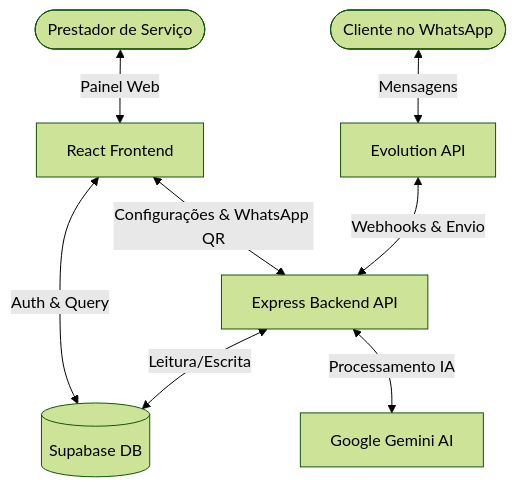
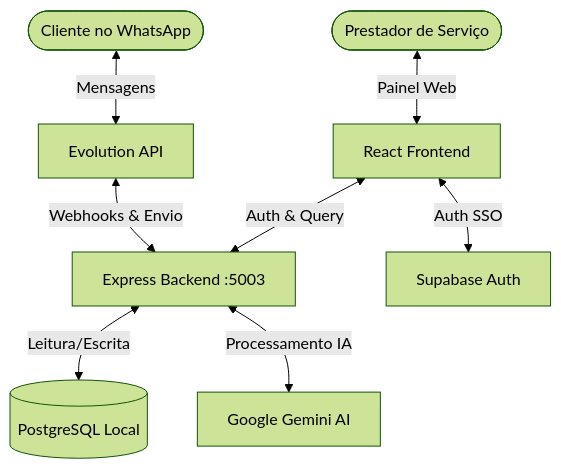
Before and after one commit to iamjfx/atendente: the diagram in docs/documentacao-tecnica.md, drawn with Mermaid (forest theme). The commit also changed other lines of this file and 13 other files, not shown here.

````diff
--- a/docs/documentacao-tecnica.md
+++ b/docs/documentacao-tecnica.md
@@ -14,11 +14,11 @@
 ```mermaid
 graph TD
     User([Cliente no WhatsApp]) <-->|Mensagens| Evo[Evolution API]
-    Evo <-->|Webhooks & Envio| Server[Express Backend API]
-    Server <-->|Leitura/Escrita| Supa[(Supabase DB)]
+    Evo <-->|Webhooks & Envio| Server[Express Backend :5003]
+    Server <-->|Leitura/Escrita| PG[(PostgreSQL Local)]
     Server <-->|Processamento IA| Gemini[Google Gemini AI]
     
     WebUser([Prestador de Serviço]) <-->|Painel Web| Front[React Frontend]
-    Front <-->|Auth & Query| Supa
-    Front <-->|Configurações & WhatsApp QR| Server
+    Front <-->|Auth & Query| Server
+    Front <-->|Auth SSO| Supabase[Supabase Auth]
 ```
````
